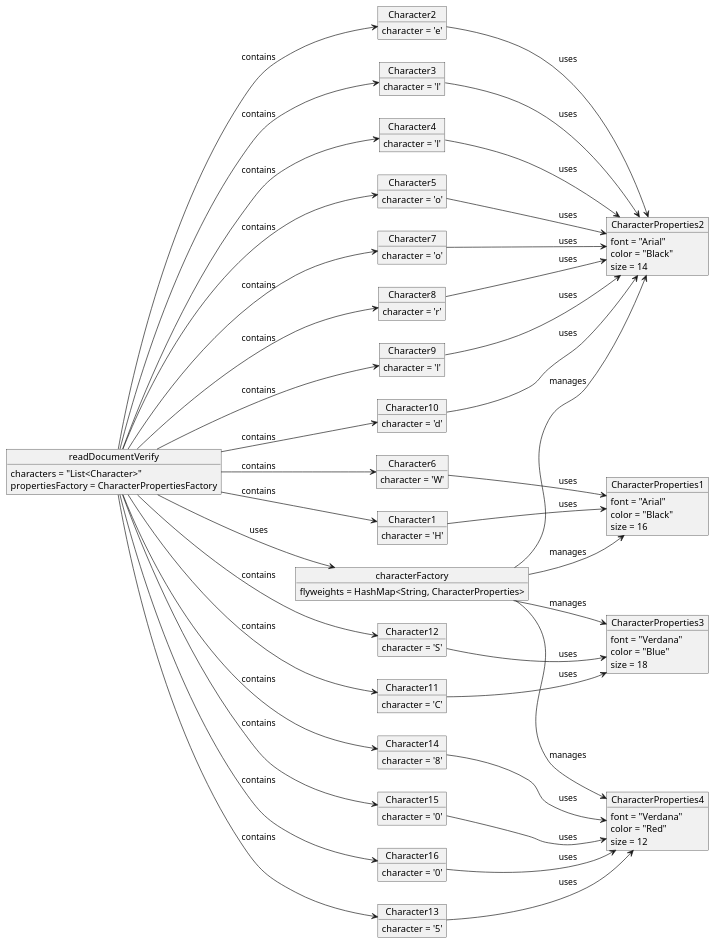
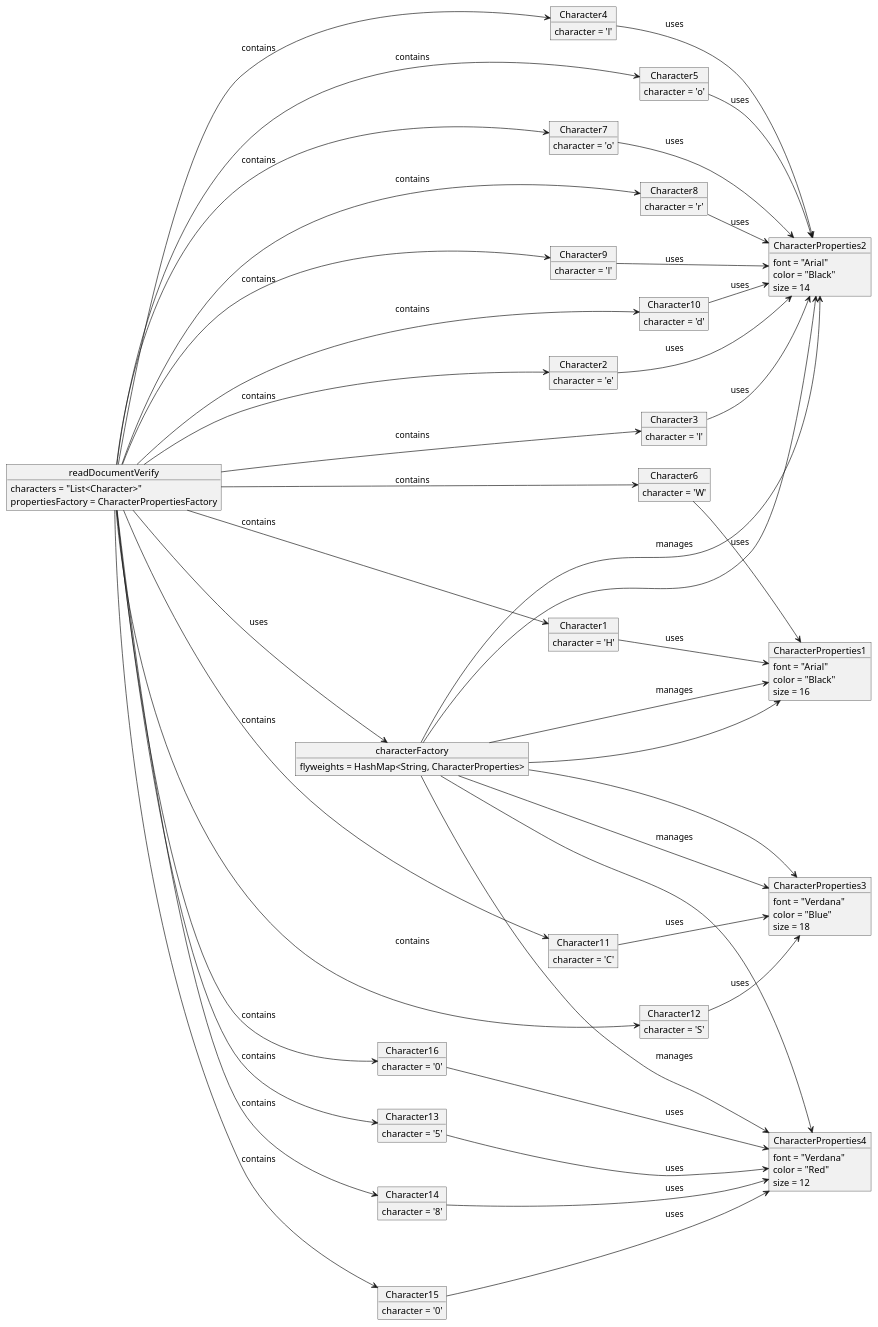
One commit to NhanThai0501/CS4800-S24 changed the diagram in hw8-behavioral-patterns/TextEditorObjectDiagram1.puml. Above: the diagram before and after it, drawn with PlantUML. The commit also changed 1 other file, not shown here.

```diff
--- a/hw8-behavioral-patterns/TextEditorObjectDiagram1.puml
+++ b/hw8-behavioral-patterns/TextEditorObjectDiagram1.puml
@@ -1,127 +1,127 @@
 @startuml
 left to right direction
 
 object readDocumentVerify {
   characters = "List<Character>"
   propertiesFactory = CharacterPropertiesFactory
 }
 
 object characterFactory {
   flyweights = HashMap<String, CharacterProperties>
 }
 
 object CharacterProperties2 {
   font = "Arial"
   color = "Black"
   size = 14
 }
 object CharacterProperties1 {
   font = "Arial"
   color = "Black"
   size = 16
 }
 object CharacterProperties3 {
   font = "Verdana"
   color = "Blue"
   size = 18
 }
 object CharacterProperties4 {
   font = "Verdana"
   color = "Red"
   size = 12
 }
 
 object Character1 {
   character = 'H'
 }
 object Character2 {
   character = 'e'
 }
 object Character3 {
   character = 'l'
 }
 object Character4 {
   character = 'l'
 }
 object Character5 {
   character = 'o'
 }
 object Character6 {
   character = 'W'
 }
 object Character7 {
   character = 'o'
 }
 object Character8 {
   character = 'r'
 }
 object Character9 {
   character = 'l'
 }
 object Character10 {
   character = 'd'
 }
 object Character11 {
   character = 'C'
 }
 object Character12 {
   character = 'S'
 }
 object Character13 {
   character = '5'
 }
 object Character14 {
   character = '8'
 }
 object Character15 {
   character = '0'
 }
 object Character16 {
   character = '0'
 }
 
 readDocumentVerify --> characterFactory : "uses"
-characterFactory -[hidden]-> CharacterProperties1
-characterFactory -[hidden]-> CharacterProperties2
-characterFactory -[hidden]-> CharacterProperties3
-characterFactory -[hidden]-> CharacterProperties4
+characterFactory ---> CharacterProperties1
+characterFactory ---> CharacterProperties2
+characterFactory ---> CharacterProperties3
+characterFactory ---> CharacterProperties4
 readDocumentVerify --> Character1 : "contains"
 readDocumentVerify --> Character2 : "contains"
 readDocumentVerify --> Character3 : "contains"
 readDocumentVerify --> Character4 : "contains"
 readDocumentVerify --> Character5 : "contains"
 readDocumentVerify --> Character6 : "contains"
 readDocumentVerify --> Character7 : "contains"
 readDocumentVerify --> Character8 : "contains"
 readDocumentVerify --> Character9 : "contains"
 readDocumentVerify --> Character10 : "contains"
 readDocumentVerify --> Character11 : "contains"
 readDocumentVerify --> Character12 : "contains"
 readDocumentVerify --> Character13 : "contains"
 readDocumentVerify --> Character14 : "contains"
 readDocumentVerify --> Character15 : "contains"
 readDocumentVerify --> Character16 : "contains"
 
 characterFactory --> CharacterProperties2 : "manages"
 characterFactory --> CharacterProperties1 : "manages"
 characterFactory --> CharacterProperties3 : "manages"
 characterFactory --> CharacterProperties4 : "manages"
 
 Character1 --> CharacterProperties1 : "uses"
 Character2 --> CharacterProperties2 : "uses"
 Character3 --> CharacterProperties2 : "uses"
 Character4 --> CharacterProperties2 : "uses"
 Character5 --> CharacterProperties2 : "uses"
 Character6 --> CharacterProperties1 : "uses"
 Character7 --> CharacterProperties2 : "uses"
 Character8 --> CharacterProperties2 : "uses"
 Character9 --> CharacterProperties2 : "uses"
 Character10 --> CharacterProperties2 : "uses"
 Character11 --> CharacterProperties3 : "uses"
 Character12 --> CharacterProperties3 : "uses"
 Character13 --> CharacterProperties4 : "uses"
 Character14 --> CharacterProperties4 : "uses"
 Character15 --> CharacterProperties4 : "uses"
 Character16 --> CharacterProperties4 : "uses"
 
 @enduml
```
